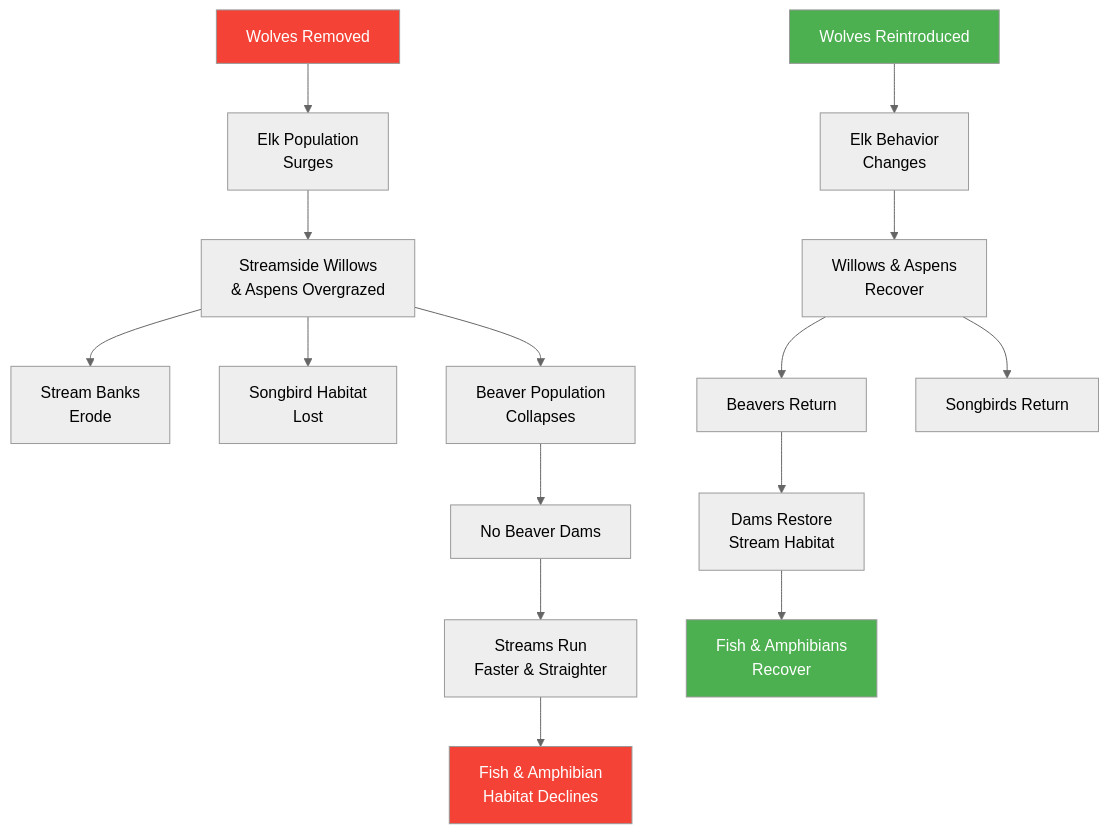
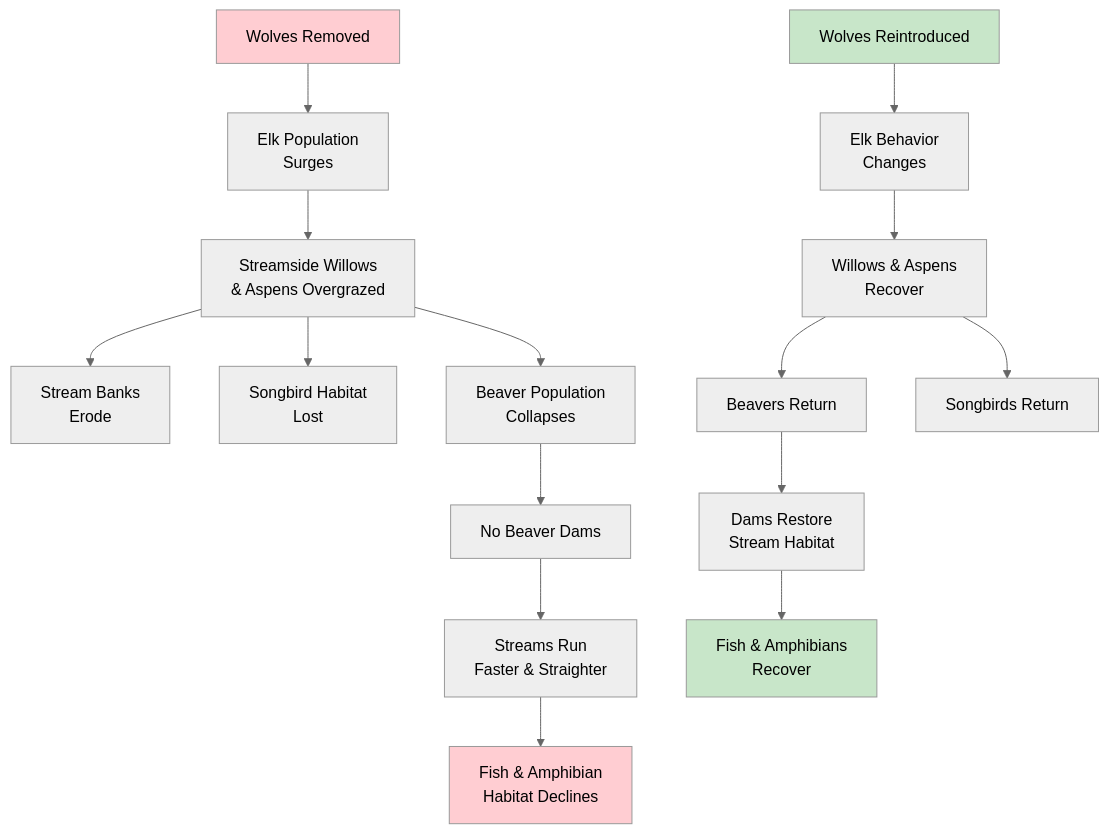
Before and after one commit to arunbatchu/minnesota-native-plants: the second of 2 diagrams in docs/chapters/15-systems-thinking-ecology/index.md, drawn with Mermaid (neutral theme). The commit also changed other lines of this file and 10 other files, not shown here.

First line of the commit message:
Switch Mermaid diagrams to pastel palette — black text on light backgrounds

````diff
--- a/docs/chapters/15-systems-thinking-ecology/index.md
+++ b/docs/chapters/15-systems-thinking-ecology/index.md
@@ -165,23 +165,23 @@
 ```mermaid
 graph TD
     W["Wolves Removed"] --> E["Elk Population<br>Surges"]
     E --> OG["Streamside Willows<br>& Aspens Overgrazed"]
     OG --> EB["Stream Banks<br>Erode"]
     OG --> SB["Songbird Habitat<br>Lost"]
     OG --> BC["Beaver Population<br>Collapses"]
     BC --> ND["No Beaver Dams"]
     ND --> SF["Streams Run<br>Faster & Straighter"]
     SF --> FD["Fish & Amphibian<br>Habitat Declines"]
 
     WR["Wolves Reintroduced"] --> EC["Elk Behavior<br>Changes"]
     EC --> VR["Willows & Aspens<br>Recover"]
     VR --> BR["Beavers Return"]
     VR --> SR["Songbirds Return"]
     BR --> DR["Dams Restore<br>Stream Habitat"]
     DR --> FR["Fish & Amphibians<br>Recover"]
 
-    style W fill:#F44336,color:#fff
-    style WR fill:#4CAF50,color:#fff
-    style FD fill:#F44336,color:#fff
-    style FR fill:#4CAF50,color:#fff
+    style W fill:#FFCDD2,color:#000
+    style WR fill:#C8E6C9,color:#000
+    style FD fill:#FFCDD2,color:#000
+    style FR fill:#C8E6C9,color:#000
 ```
````
